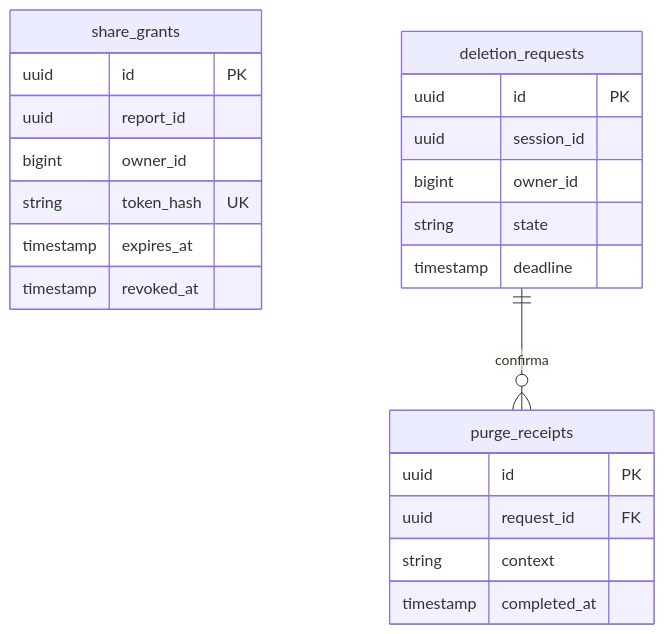
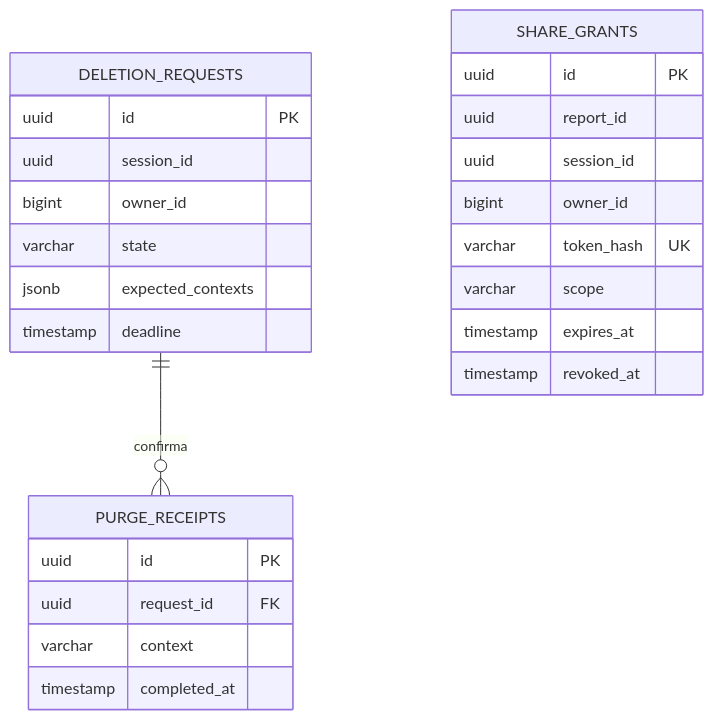
One commit to upc-pre-202620-si728-16365-thropic/talki-project-report changed the diagram in assets/diagrams/tactical/06-sharing-retention-database.mmd. Above: the diagram before and after it, drawn with Mermaid. The commit also changed 6 other files, not shown here.

```diff
--- a/assets/diagrams/tactical/06-sharing-retention-database.mmd
+++ b/assets/diagrams/tactical/06-sharing-retention-database.mmd
@@ -1,23 +1,26 @@
 erDiagram
-  share_grants {
-    uuid id PK
-    uuid report_id
-    bigint owner_id
-    string token_hash UK
-    timestamp expires_at
-    timestamp revoked_at
-  }
-  deletion_requests {
-    uuid id PK
-    uuid session_id
-    bigint owner_id
-    string state
-    timestamp deadline
-  }
-  purge_receipts {
-    uuid id PK
-    uuid request_id FK
-    string context
-    timestamp completed_at
-  }
-  deletion_requests ||--o{ purge_receipts : confirma
+    DELETION_REQUESTS ||--o{ PURGE_RECEIPTS : confirma
+    SHARE_GRANTS {
+        uuid id PK
+        uuid report_id
+        uuid session_id
+        bigint owner_id
+        varchar token_hash UK
+        varchar scope
+        timestamp expires_at
+        timestamp revoked_at
+    }
+    DELETION_REQUESTS {
+        uuid id PK
+        uuid session_id
+        bigint owner_id
+        varchar state
+        jsonb expected_contexts
+        timestamp deadline
+    }
+    PURGE_RECEIPTS {
+        uuid id PK
+        uuid request_id FK
+        varchar context
+        timestamp completed_at
+    }
```
